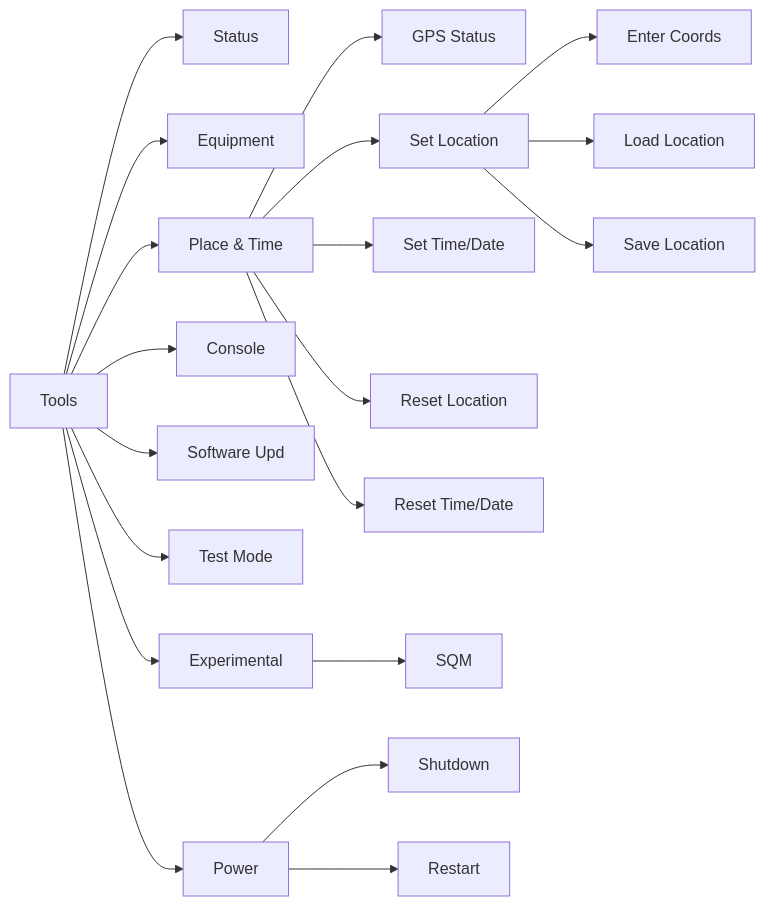
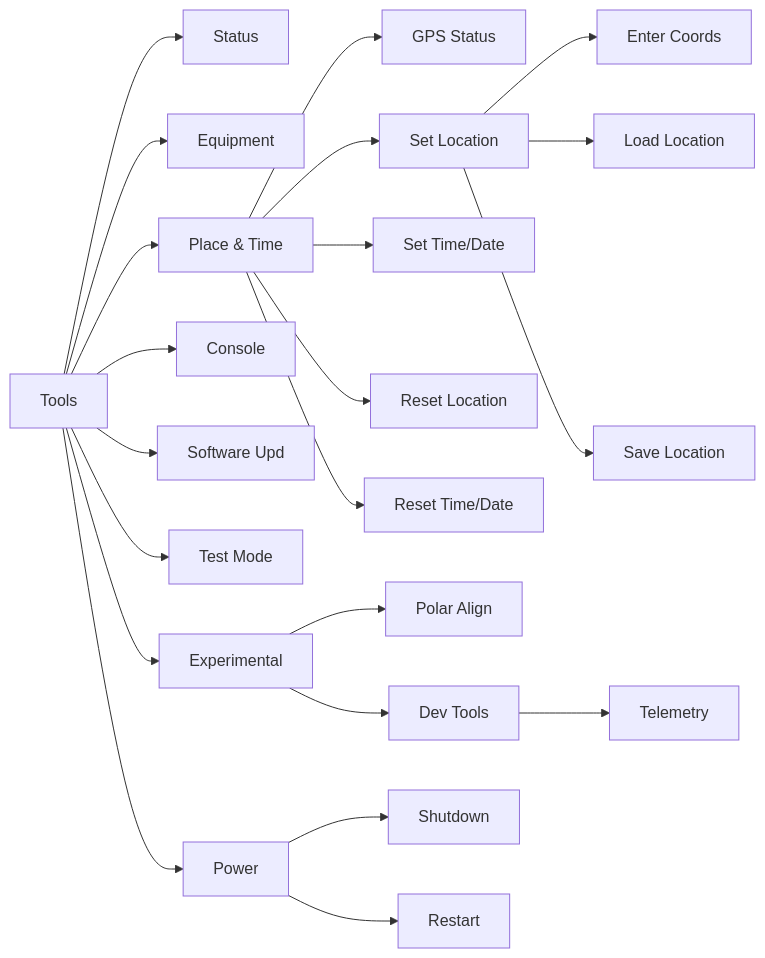
One commit to brickbots/PiFinder changed the fifth of 5 diagrams in docs/source/menu_map.rst. Above: the diagram before and after it, drawn with Mermaid. The commit also changed other lines of this file and 16 other files, not shown here.

```diff
--- a/docs/source/menu_map.rst
+++ b/docs/source/menu_map.rst
@@ -280,22 +282,24 @@
 .. mermaid::
 
    flowchart LR
        Tools --> Status
        Tools --> Equipment
        Tools --> PnT["Place & Time"]
        Tools --> Console
        Tools --> SU["Software Upd"]
        Tools --> TM["Test Mode"]
        Tools --> Exp["Experimental"]
        Tools --> Power
        PnT --> G2["GPS Status"]
        PnT --> SL["Set Location"]
        PnT --> STD["Set Time/Date"]
        PnT --> RL["Reset Location"]
        PnT --> RTD["Reset Time/Date"]
        SL --> EC["Enter Coords"]
        SL --> LL["Load Location"]
        SL --> SV["Save Location"]
-       Exp --> SQM
+       Exp --> PA["Polar Align"]
+       Exp --> DT["Dev Tools"]
+       DT --> Tel["Telemetry"]
        Power --> Shutdown
        Power --> Restart
```
